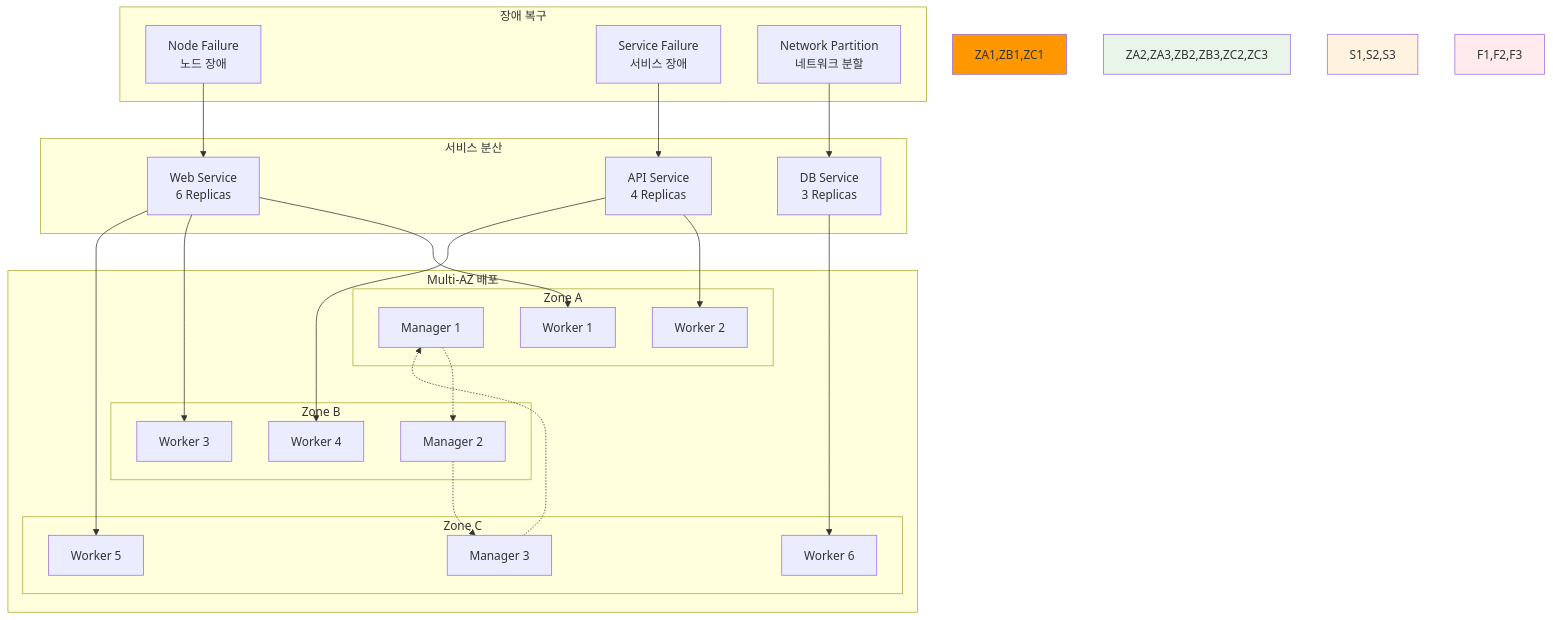
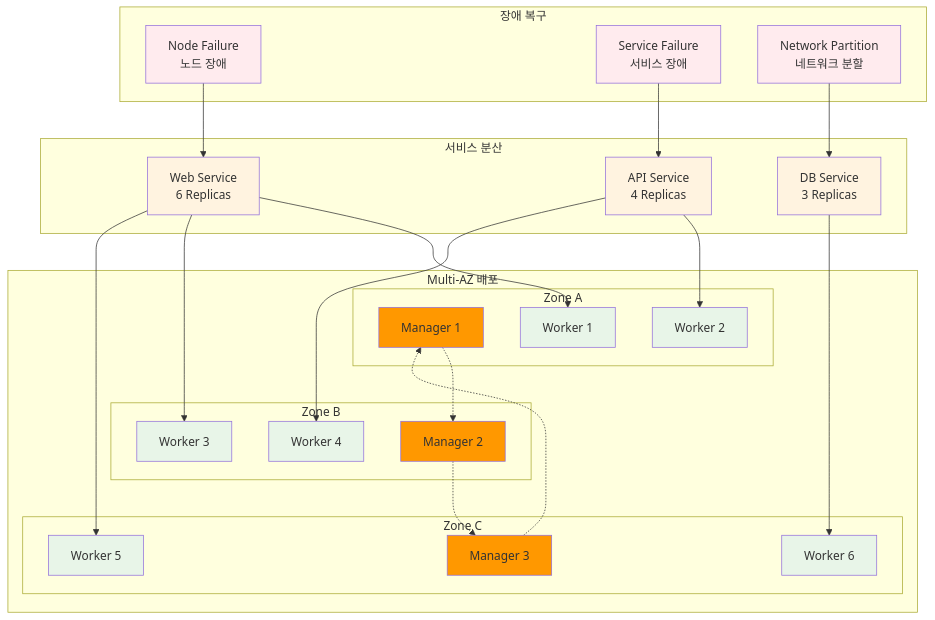
Before and after one commit to niceguy61/kdt_devops_lecture_2025: the fourth of 4 diagrams in theory/week_02/day3/session_3.md, drawn with Mermaid. The commit also changed other lines of this file and 63 other files, not shown here.

````diff
--- a/theory/week_02/day3/session_3.md
+++ b/theory/week_02/day3/session_3.md
@@ -221,54 +236,65 @@
 ```mermaid
 graph TB
     subgraph "Multi-AZ 배포"
         subgraph "Zone A"
             ZA1[Manager 1]
             ZA2[Worker 1]
             ZA3[Worker 2]
         end
         
         subgraph "Zone B"
             ZB1[Manager 2]
             ZB2[Worker 3]
             ZB3[Worker 4]
         end
         
         subgraph "Zone C"
             ZC1[Manager 3]
             ZC2[Worker 5]
             ZC3[Worker 6]
         end
     end
     
     subgraph "서비스 분산"
         S1[Web Service<br/>6 Replicas]
         S2[API Service<br/>4 Replicas]
         S3[DB Service<br/>3 Replicas]
     end
     
     subgraph "장애 복구"
         F1[Node Failure<br/>노드 장애]
         F2[Service Failure<br/>서비스 장애]
         F3[Network Partition<br/>네트워크 분할]
     end
     
     ZA1 -.-> ZB1
     ZB1 -.-> ZC1
     ZC1 -.-> ZA1
     
     S1 --> ZA2
     S1 --> ZB2
     S1 --> ZC2
     S2 --> ZA3
     S2 --> ZB3
     S3 --> ZC3
     
     F1 --> S1
     F2 --> S2
     F3 --> S3
     
-    style ZA1,ZB1,ZC1 fill:#ff9800
-    style ZA2,ZA3,ZB2,ZB3,ZC2,ZC3 fill:#e8f5e8
-    style S1,S2,S3 fill:#fff3e0
-    style F1,F2,F3 fill:#ffebee
+    style ZA1 fill:#ff9800
+    style ZB1 fill:#ff9800
+    style ZC1 fill:#ff9800
+    style ZA2 fill:#e8f5e8
+    style ZA3 fill:#e8f5e8
+    style ZB2 fill:#e8f5e8
+    style ZB3 fill:#e8f5e8
+    style ZC2 fill:#e8f5e8
+    style ZC3 fill:#e8f5e8
+    style S1 fill:#fff3e0
+    style S2 fill:#fff3e0
+    style S3 fill:#fff3e0
+    style F1 fill:#ffebee
+    style F2 fill:#ffebee
+    style F3 fill:#ffebee
 ```
````
